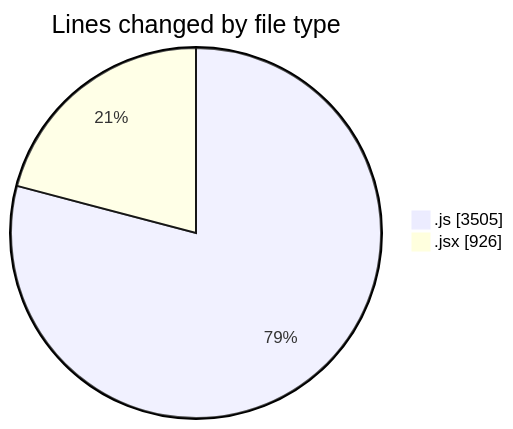
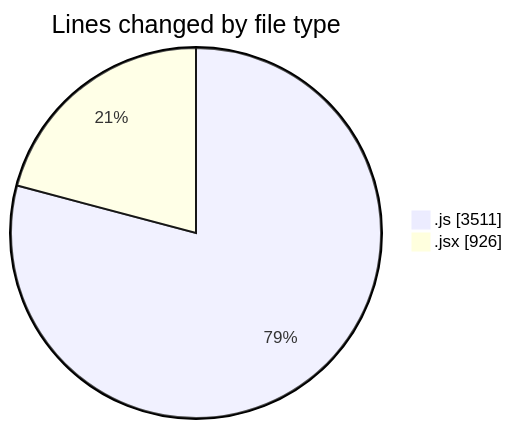
Before and after one commit to nxtqubesakshisongat/code-tracking: the first of 2 diagrams in 2025-09-24/nxtqube_webapp/README.md, drawn with Mermaid. The commit also changed other lines of this file and 1 other file, not shown here.

````diff
--- a/2025-09-24/nxtqube_webapp/README.md
+++ b/2025-09-24/nxtqube_webapp/README.md
@@ -23,6 +23,6 @@
 ```mermaid
 pie showData
 title Lines changed by file type
-".js" : 3505
+".js" : 3511
 ".jsx" : 926
 ```
````
